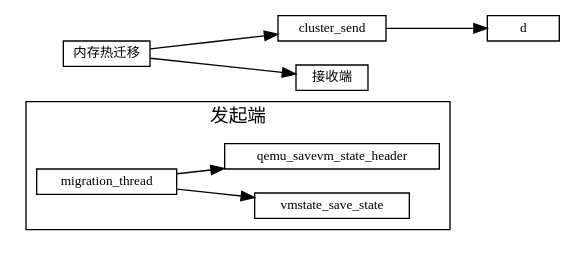
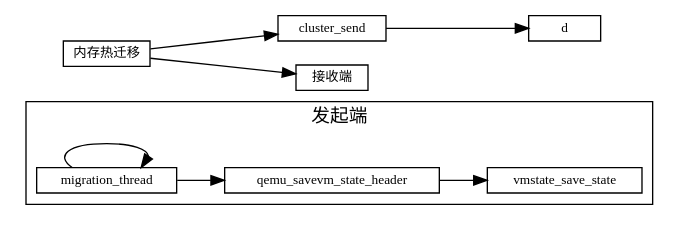
Before and after one commit to sisyphus1212/note: the diagram in 虚拟化/热迁移/1-内存热迁移.md, drawn with Graphviz.

Commit message:
auto_update

````diff
--- a/虚拟化/热迁移/1-内存热迁移.md
+++ b/虚拟化/热迁移/1-内存热迁移.md
@@ -11,22 +11,22 @@
 ```graphviz
 digraph 热迁移 {
 fontname="Helvetica,Arial,sans-serif"
 //node [fontname="Helvetica,Arial,sans-serif"]
 edge [fontname="Helvetica,Arial,sans-serif"]
 rankdir="LR"
 node [fontsize=10, shape=box, height=0.25]
 edge [fontsize=10]
 
   subgraph cluster_send {
     label="发起端";
-    migration_thread -> vmstate_save_state
-    migration_thread -> qemu_savevm_state_header
+    migration_thread ->
+    migration_thread -> qemu_savevm_state_header -> vmstate_save_state
   }
 
 内存热迁移 [label="内存热迁移"]
 内存热迁移 -> cluster_send
            -> d
 
 内存热迁移 -> 接收端
 }
 ```
````
